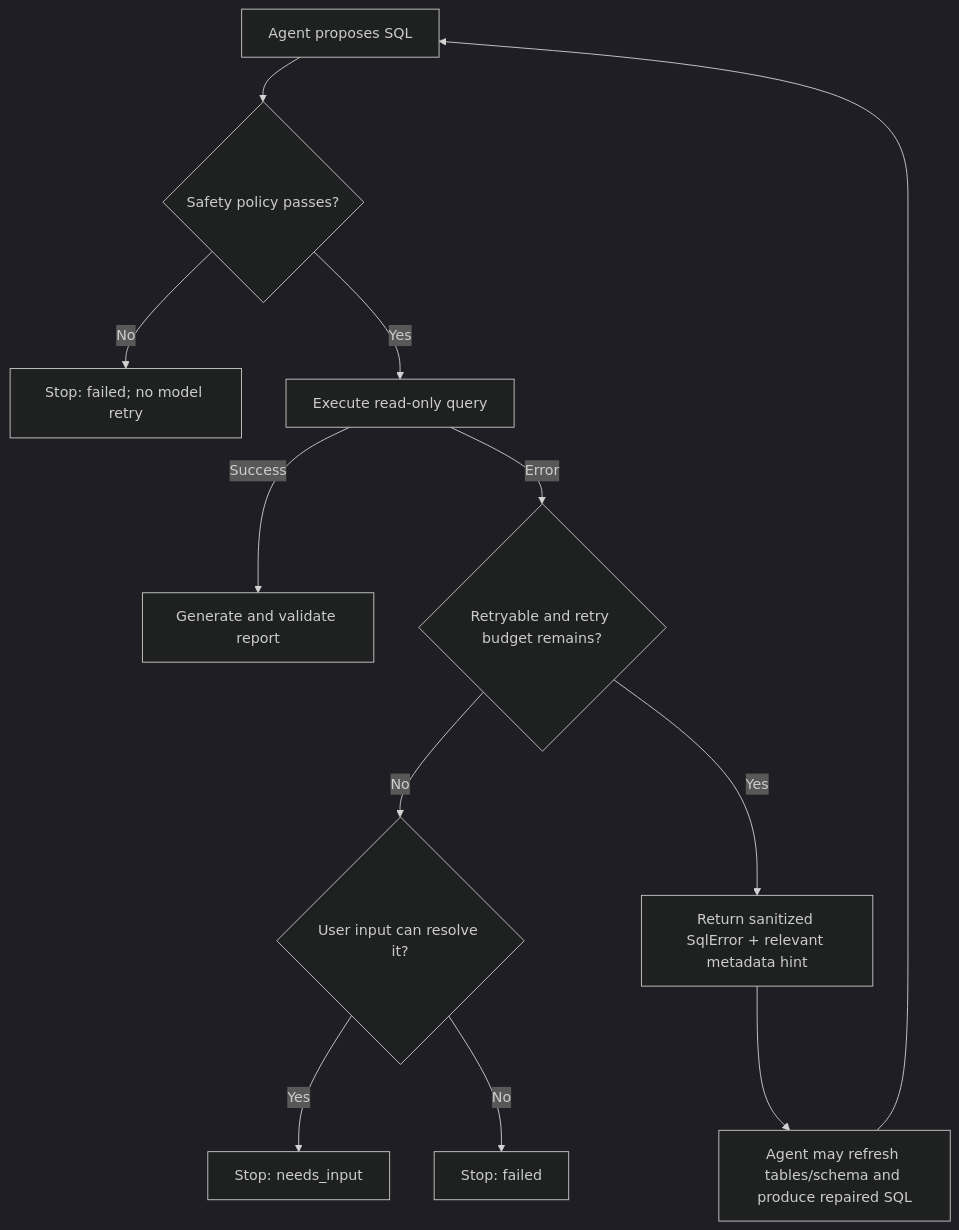
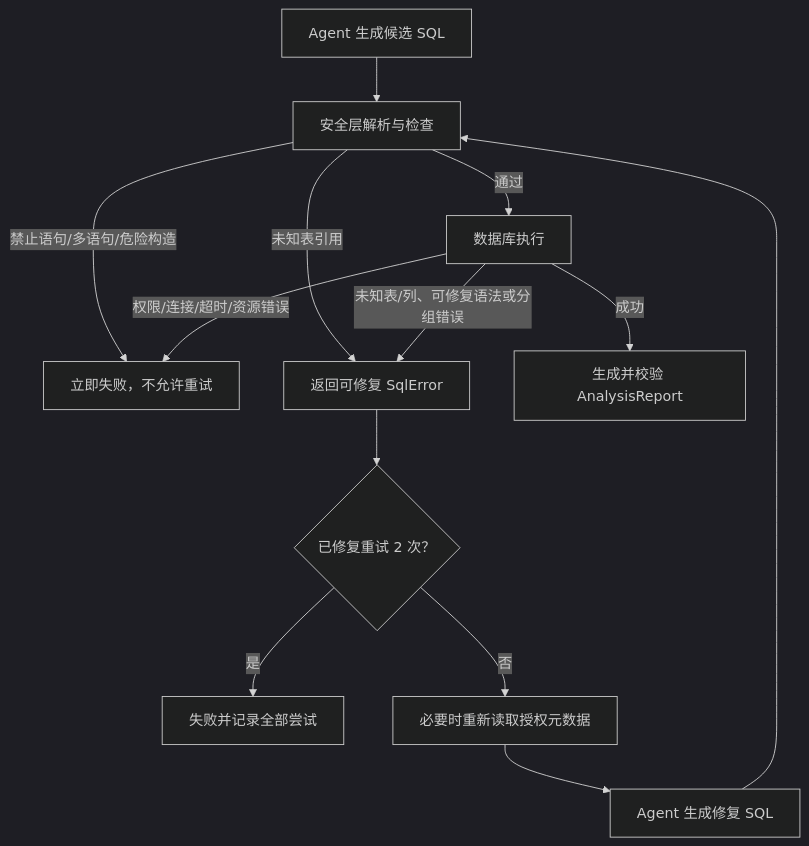
Before and after one commit to fanyafan93/agentic-genbi: the third of 3 diagrams in docs/architecture/overview.md, drawn with Mermaid (dark theme). The commit also changed other lines of this file and 9 other files, not shown here.

Commit message:
docs: define agentic analytics MVP architecture

````diff
--- a/docs/architecture/overview.md
+++ b/docs/architecture/overview.md
@@ -146,14 +139,15 @@
 ```mermaid
 flowchart TD
-    G["Agent proposes SQL"] --> P{"Safety policy passes?"}
-    P -->|"No"| STOP["Stop: failed; no model retry"]
-    P -->|"Yes"| Q["Execute read-only query"]
-    Q -->|"Success"| R["Generate and validate report"]
-    Q -->|"Error"| C{"Retryable and retry budget remains?"}
-    C -->|"No"| T{"User input can resolve it?"}
-    T -->|"Yes"| INPUT["Stop: needs_input"]
-    T -->|"No"| FAIL["Stop: failed"]
-    C -->|"Yes"| H["Return sanitized SqlError + relevant metadata hint"]
-    H --> M["Agent may refresh tables/schema and produce repaired SQL"]
-    M --> G
+    A["Agent 生成候选 SQL"] --> B["安全层解析与检查"]
+    B -->|"禁止语句/多语句/危险构造"| STOP["立即失败，不允许重试"]
+    B -->|"未知表引用"| ERR["返回可修复 SqlError"]
+    B -->|"通过"| Q["数据库执行"]
+    Q -->|"成功"| REPORT["生成并校验 AnalysisReport"]
+    Q -->|"未知表/列、可修复语法或分组错误"| ERR
+    Q -->|"权限/连接/超时/资源错误"| STOP
+    ERR --> C{"已修复重试 2 次？"}
+    C -->|"是"| FAIL["失败并记录全部尝试"]
+    C -->|"否"| META["必要时重新读取授权元数据"]
+    META --> FIX["Agent 生成修复 SQL"]
+    FIX --> B
 ```
````
